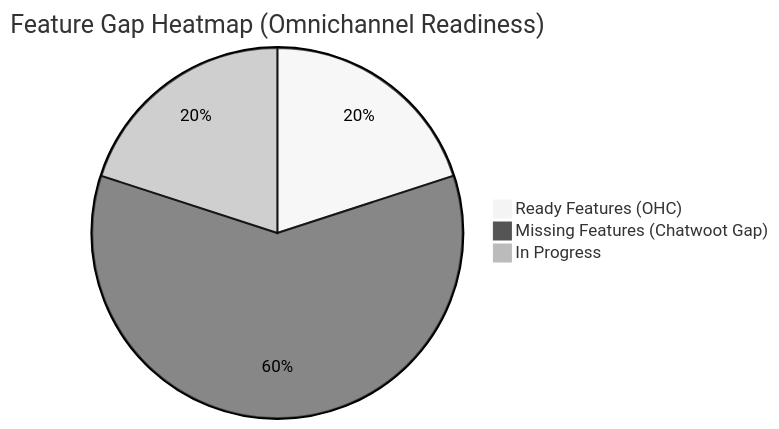
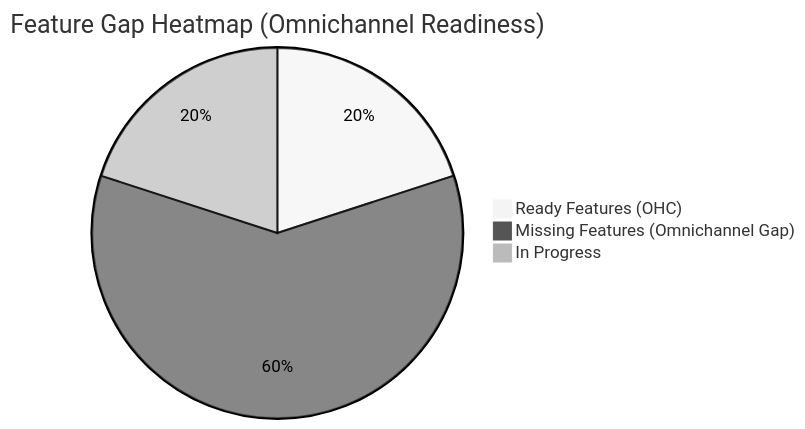
One commit to omnisolo-llc/onehumancorp changed the diagram in .agent-task/report/task_output.md. Above: the diagram before and after it, drawn with Mermaid (neutral theme). The commit also changed other lines of this file, not shown here.

````diff
--- a/.agent-task/report/task_output.md
+++ b/.agent-task/report/task_output.md
@@ -61,6 +61,6 @@
   ```mermaid
   pie title Feature Gap Heatmap (Omnichannel Readiness)
       "Ready Features (OHC)" : 20
-      "Missing Features (Chatwoot Gap)" : 60
+      "Missing Features (Omnichannel Gap)" : 60
       "In Progress" : 20
   ```
````
